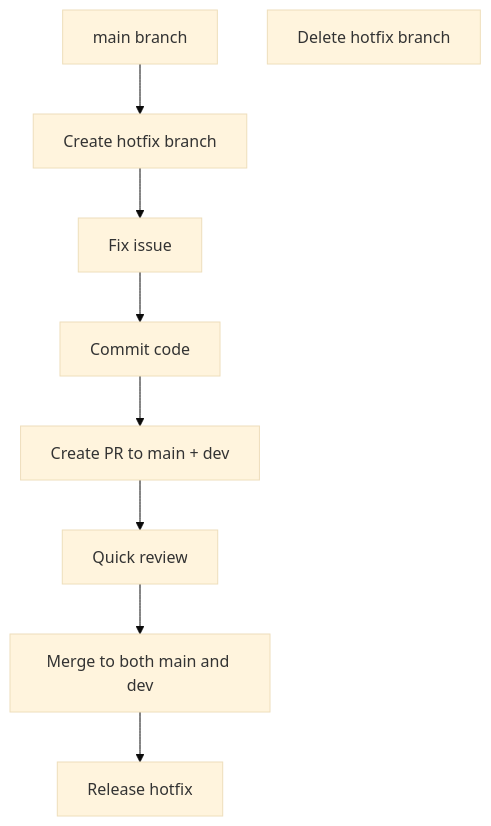
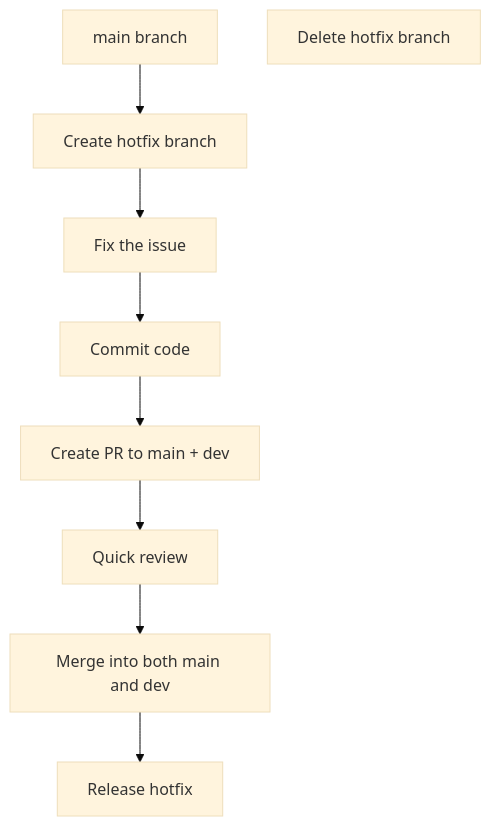
One commit to ChenXu233/YaoXiang changed the second of 3 diagrams in docs/src/en/dev/branch-maintenance-guide.md. Above: the diagram before and after it, drawn with Mermaid (base theme). The commit also changed other lines of this file and 142 other files, not shown here.

````diff
--- a/docs/src/en/dev/branch-maintenance-guide.md
+++ b/docs/src/en/dev/branch-maintenance-guide.md
@@ -167,11 +168,11 @@
 ```mermaid
 graph TD
     A[main branch] --> B[Create hotfix branch]
-    B --> C[Fix issue]
+    B --> C[Fix the issue]
     C --> D[Commit code]
     D --> E[Create PR to main + dev]
     E --> F[Quick review]
-    F --> G[Merge to both main and dev]
+    F --> G[Merge into both main and dev]
     G --> H[Release hotfix]
     I[Delete hotfix branch]
 ```
````
